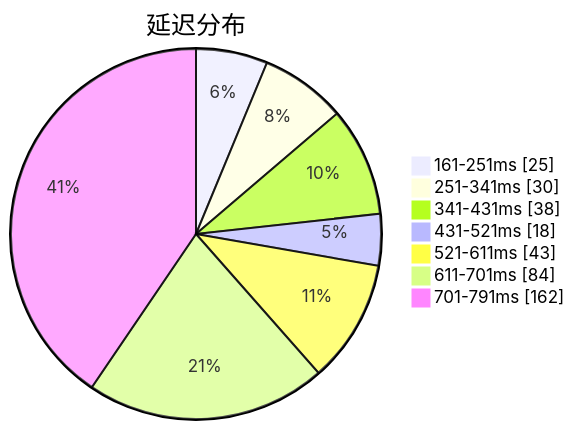
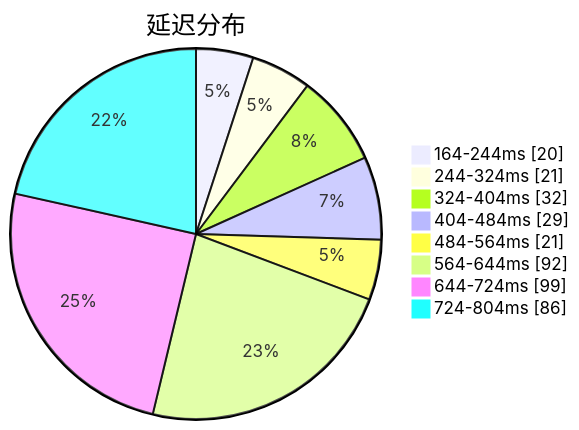
The first of 3 diagrams in subs/statistics/tested_within.md (qjlxg/airport), drawn with Mermaid before and after one commit. The commit also changed other lines of this file and 2 other files, not shown here.

````diff
--- a/subs/statistics/tested_within.md
+++ b/subs/statistics/tested_within.md
@@ -2,11 +2,12 @@
 ```mermaid
 pie showData
 title 延迟分布
-"161-251ms" : 25
-"251-341ms" : 30
-"341-431ms" : 38
-"431-521ms" : 18
-"521-611ms" : 43
-"611-701ms" : 84
-"701-791ms" : 162
+"164-244ms" : 20
+"244-324ms" : 21
+"324-404ms" : 32
+"404-484ms" : 29
+"484-564ms" : 21
+"564-644ms" : 92
+"644-724ms" : 99
+"724-804ms" : 86
 ```
````
